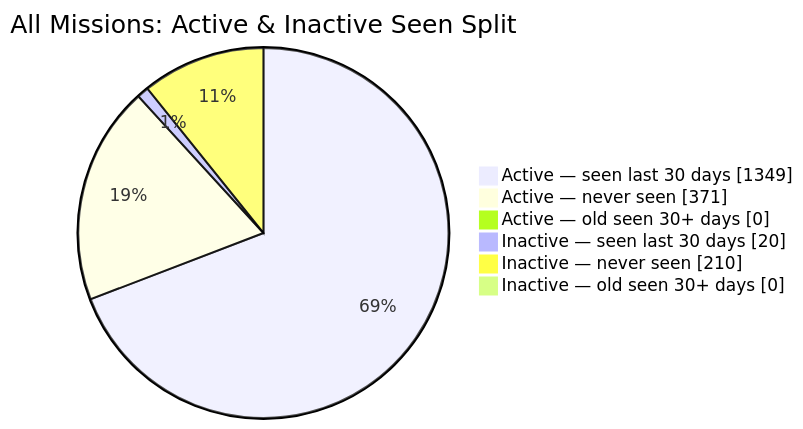
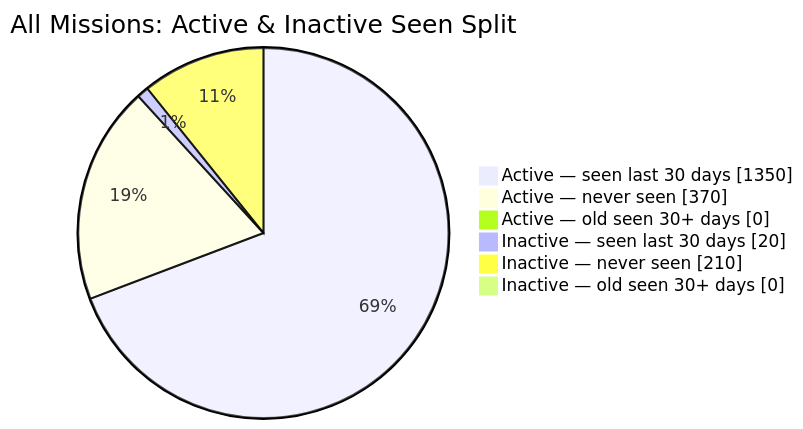
The second of 2 diagrams in README.md (MeldkamerspelGameTeam/active-missions), drawn with Mermaid before and after one commit. The commit also changed other lines of this file and 2 other files, not shown here.

````diff
--- a/README.md
+++ b/README.md
@@ -44,10 +44,10 @@
 ```mermaid
 pie showData
     title All Missions: Active & Inactive Seen Split
-    "Active — seen last 30 days" : 1349
-    "Active — never seen" : 371
+    "Active — seen last 30 days" : 1350
+    "Active — never seen" : 370
     "Active — old seen 30+ days" : 0
     "Inactive — seen last 30 days" : 20
     "Inactive — never seen" : 210
     "Inactive — old seen 30+ days" : 0
 ```
````
